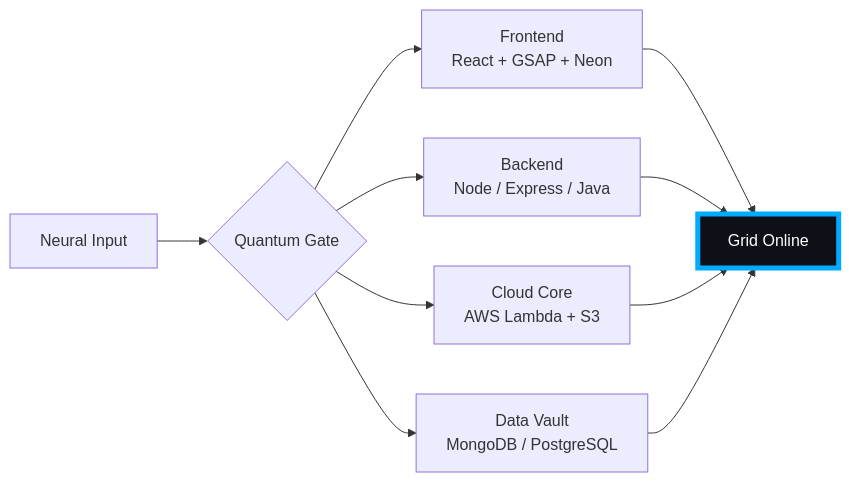
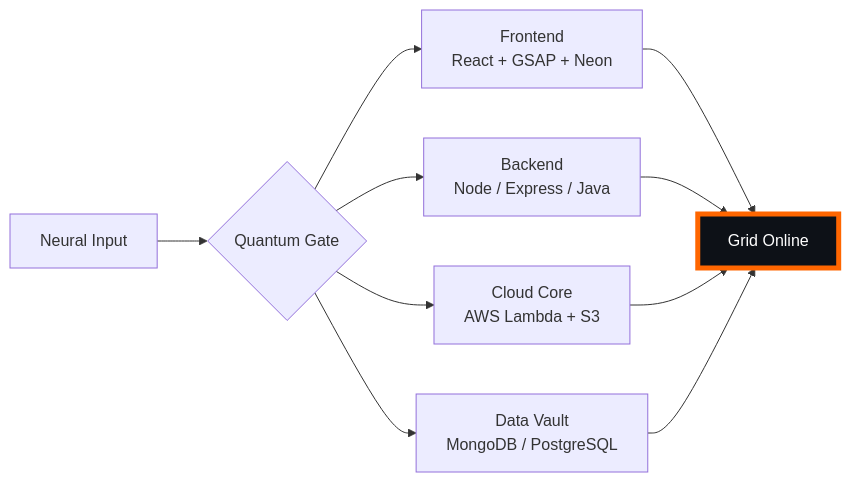
One commit to pendemvamsi/pendemvamsi changed the diagram in README.md. Above: the diagram before and after it, drawn with Mermaid. The commit also changed other lines of this file and 1 other file, not shown here.

````diff
--- a/README.md
+++ b/README.md
@@ -32,10 +32,10 @@
 ```mermaid
 flowchart LR
     U[Neural Input] --> G{Quantum Gate}
     G --> F[Frontend<br>React + GSAP + Neon]
     G --> B[Backend<br>Node / Express / Java]
     G --> C[Cloud Core<br>AWS Lambda + S3]
     G --> D[Data Vault<br>MongoDB / PostgreSQL]
     F & B & C & D --> O[Grid Online]
-    style O fill:#0d1117,stroke:#00AAFF,stroke-width:5px,color:#fff
+    style O fill:#0d1117,stroke:#FF6600,stroke-width:5px,color:#fff
 ```
````
